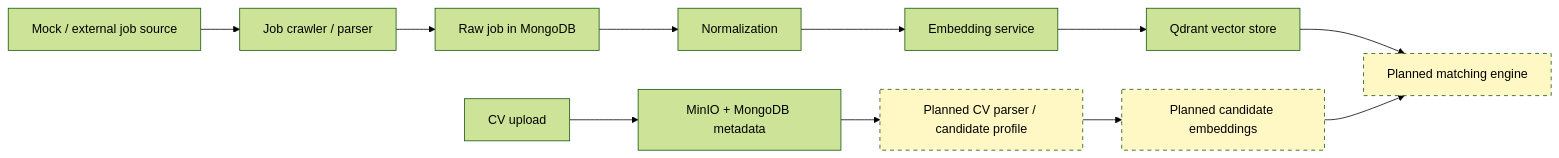
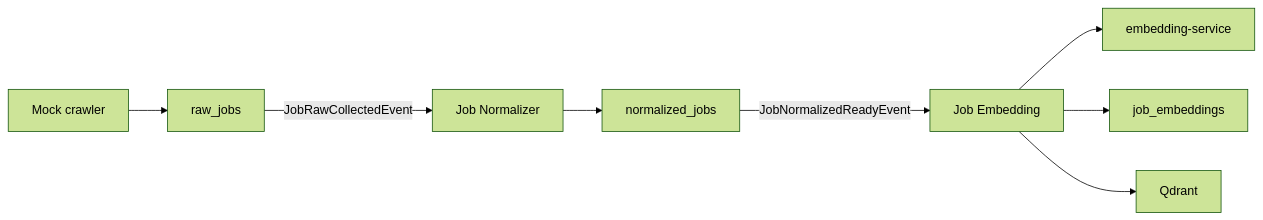
Before and after one commit to nguyenvanthanh1501bmt-hash/auto-job-matching: the second of 3 diagrams in README.md, drawn with Mermaid (forest theme). The commit also changed other lines of this file and 10 other files, not shown here.

````diff
--- a/README.md
+++ b/README.md
@@ -74,17 +592,10 @@
 ```mermaid
 flowchart LR
-  A[Mock / external job source] --> B[Job crawler / parser]
-  B --> C[Raw job in MongoDB]
-  C --> D[Normalization]
-  D --> E[Embedding service]
-  E --> F[Qdrant vector store]
-  F --> G[Planned matching engine]
-
-  H[CV upload] --> I[MinIO + MongoDB metadata]
-  I --> J[Planned CV parser / candidate profile]
-  J --> K[Planned candidate embeddings]
-  K --> G
-
-  classDef planned fill:#fff8c5,stroke-dasharray: 5 5
-  class G,J,K planned
+    A[Mock crawler] --> B[raw_jobs]
+    B -->|JobRawCollectedEvent| C[Job Normalizer]
+    C --> D[normalized_jobs]
+    D -->|JobNormalizedReadyEvent| E[Job Embedding]
+    E --> F[embedding-service]
+    E --> G[job_embeddings]
+    E --> H[Qdrant]
 ```
````
